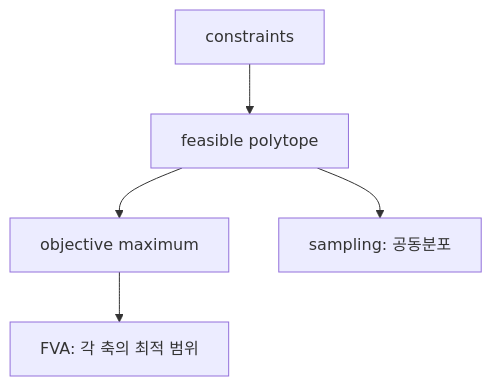
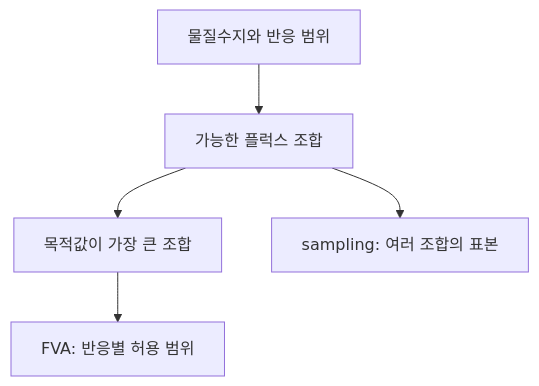
The second of 3 diagrams in workbook.md (jyryu3161/ebook_metabolic_modeling), drawn with Mermaid before and after one commit. The commit also changed other lines of this file and 370 other files, not shown here.

````diff
--- a/workbook.md
+++ b/workbook.md
@@ -141,7 +141,7 @@
 ```mermaid
 flowchart TD
-  C[constraints] --> P[feasible polytope]
-  P --> O[objective maximum]
-  O --> FVA[FVA: 각 축의 최적 범위]
-  P --> SMP[sampling: 공동분포]
+  C[물질수지와 반응 범위] --> P[가능한 플럭스 조합]
+  P --> O[목적값이 가장 큰 조합]
+  O --> FVA[FVA: 반응별 허용 범위]
+  P --> SMP[sampling: 여러 조합의 표본]
 ```
````
